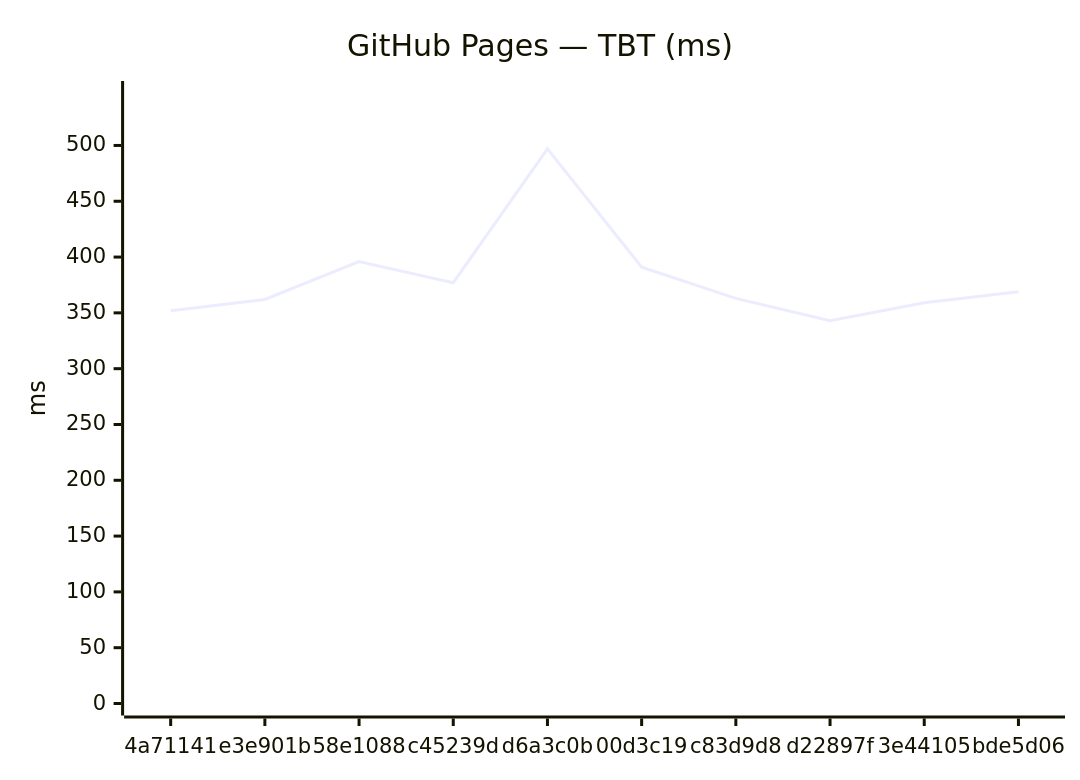
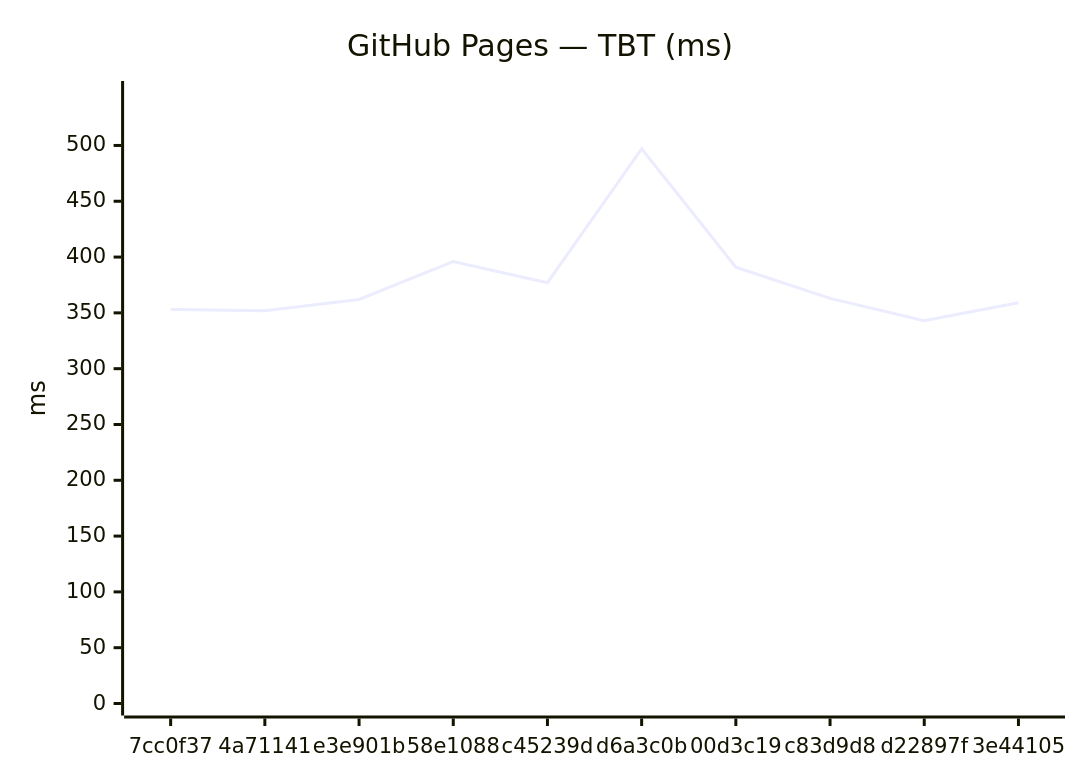
The fourth of 18 diagrams in benchmarks/compare.md (Metaheurist/Rianell), drawn with Mermaid before and after one commit. The commit also changed other lines of this file and 11 other files, not shown here.

````diff
--- a/benchmarks/compare.md
+++ b/benchmarks/compare.md
@@ -61,7 +61,7 @@
 ```mermaid
 xychart-beta
     title "GitHub Pages — TBT (ms)"
-    x-axis ["4a71141", "e3e901b", "58e1088", "c45239d", "d6a3c0b", "00d3c19", "c83d9d8", "d22897f", "3e44105", "bde5d06"]
+    x-axis ["7cc0f37", "4a71141", "e3e901b", "58e1088", "c45239d", "d6a3c0b", "00d3c19", "c83d9d8", "d22897f", "3e44105"]
     y-axis "ms" 0 --> 547
-    line [352, 362, 396, 377, 497, 391, 363, 343, 359, 369]
+    line [353, 352, 362, 396, 377, 497, 391, 363, 343, 359]
 ```
````
